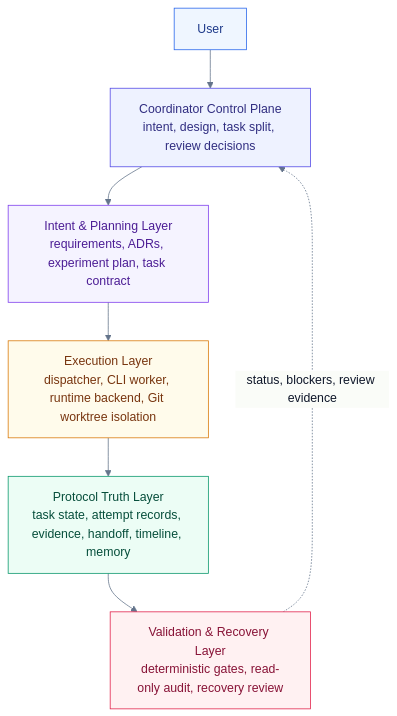
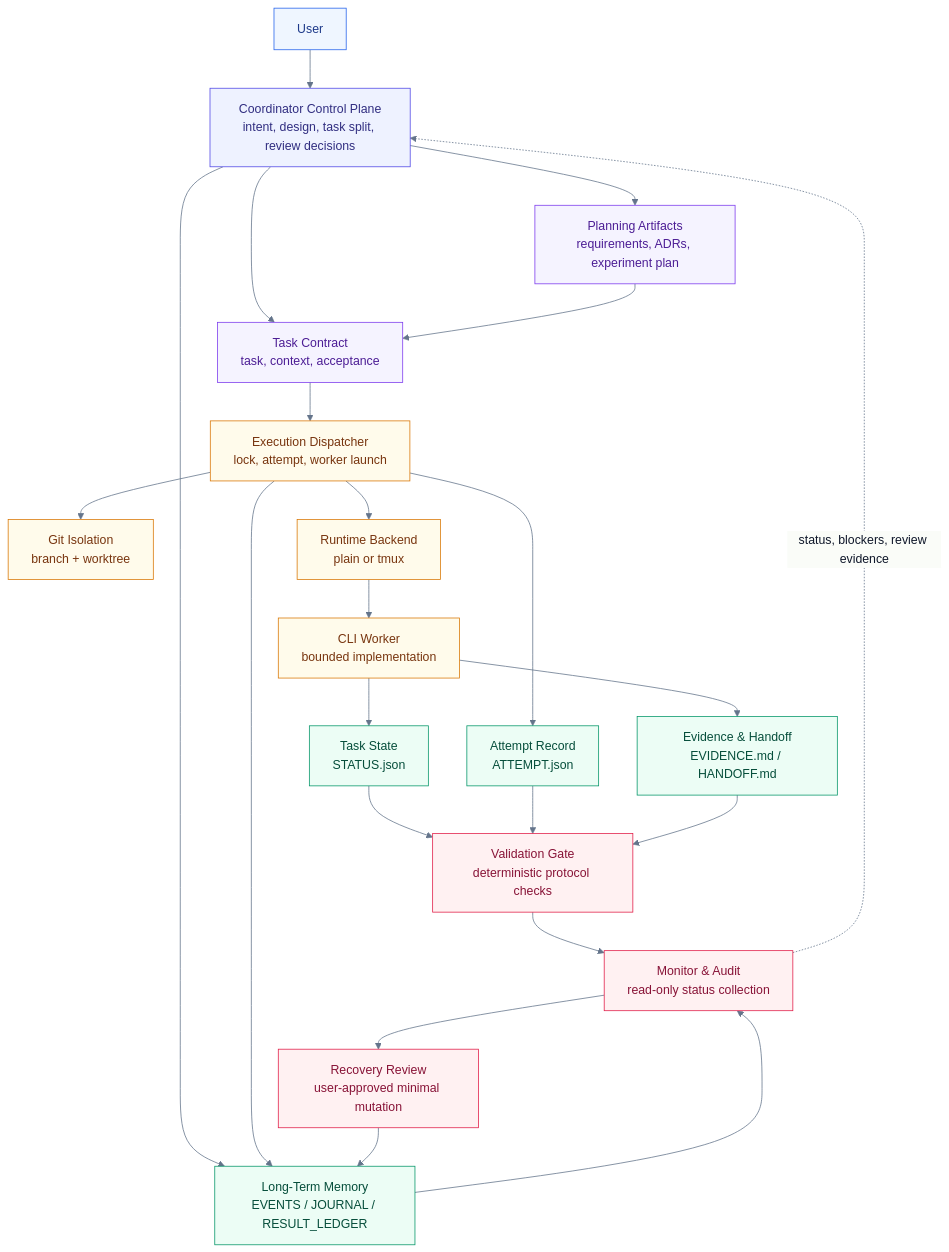
The first of 2 diagrams in README.md (LKCY23/research-dev-orchestrator), drawn with Mermaid before and after one commit.

Commit message:
Clarify README architecture relationships

````diff
--- a/README.md
+++ b/README.md
@@ -56,24 +56,48 @@
 ```mermaid
 %%{init: {"theme":"base","themeVariables":{"fontFamily":"Inter, ui-sans-serif, system-ui","primaryColor":"#f8fafc","primaryTextColor":"#0f172a","primaryBorderColor":"#cbd5e1","lineColor":"#64748b","tertiaryColor":"#ffffff"}}}%%
 flowchart TB
   U["User"]:::human
   C["Coordinator Control Plane<br/>intent, design, task split, review decisions"]:::coord
-  P["Intent & Planning Layer<br/>requirements, ADRs, experiment plan, task contract"]:::planning
-  E["Execution Layer<br/>dispatcher, CLI worker, runtime backend, Git worktree isolation"]:::exec
-  T["Protocol Truth Layer<br/>task state, attempt records, evidence, handoff, timeline, memory"]:::truth
-  V["Validation & Recovery Layer<br/>deterministic gates, read-only audit, recovery review"]:::validate
+  P["Planning Artifacts<br/>requirements, ADRs, experiment plan"]:::planning
+  T["Task Contract<br/>task, context, acceptance"]:::planning
+  D["Execution Dispatcher<br/>lock, attempt, worker launch"]:::exec
+  G["Git Isolation<br/>branch + worktree"]:::exec
+  B["Runtime Backend<br/>plain or tmux"]:::exec
+  W["CLI Worker<br/>bounded implementation"]:::exec
+  S["Task State<br/>STATUS.json"]:::truth
+  A["Attempt Record<br/>ATTEMPT.json"]:::truth
+  H["Evidence & Handoff<br/>EVIDENCE.md / HANDOFF.md"]:::truth
+  M["Long-Term Memory<br/>EVENTS / JOURNAL / RESULT_LEDGER"]:::truth
+  V["Validation Gate<br/>deterministic protocol checks"]:::validate
+  O["Monitor & Audit<br/>read-only status collection"]:::validate
+  R["Recovery Review<br/>user-approved minimal mutation"]:::validate
 
   U --> C
   C --> P
-  P --> E
-  E --> T
-  T --> V
-  V -. "status, blockers, review evidence" .-> C
+  C --> T
+  P --> T
+  T --> D
+  D --> G
+  D --> B
+  B --> W
+  D --> A
+  W --> S
+  W --> H
+  C --> M
+  D --> M
+  S --> V
+  A --> V
+  H --> V
+  V --> O
+  M --> O
+  O --> R
+  O -. "status, blockers, review evidence" .-> C
+  R --> M
 
   classDef human fill:#eff6ff,stroke:#2563eb,color:#1e3a8a;
   classDef coord fill:#eef2ff,stroke:#4f46e5,color:#312e81;
   classDef planning fill:#f5f3ff,stroke:#7c3aed,color:#4c1d95;
   classDef exec fill:#fffbeb,stroke:#d97706,color:#78350f;
   classDef truth fill:#ecfdf5,stroke:#059669,color:#064e3b;
   classDef validate fill:#fff1f2,stroke:#e11d48,color:#881337;
 ```
````
